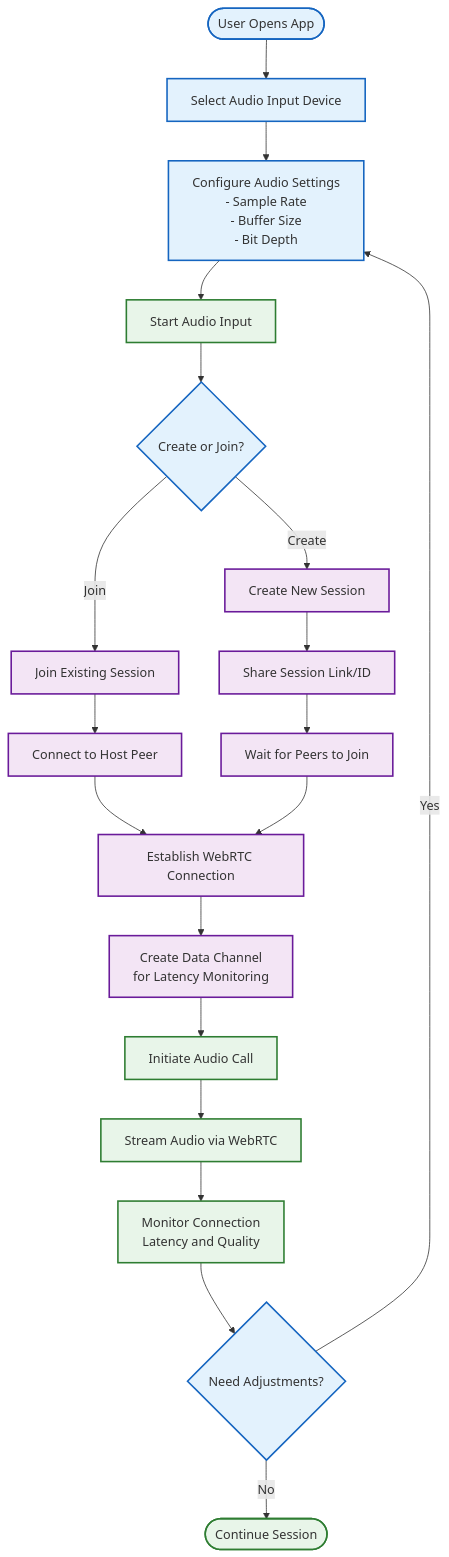
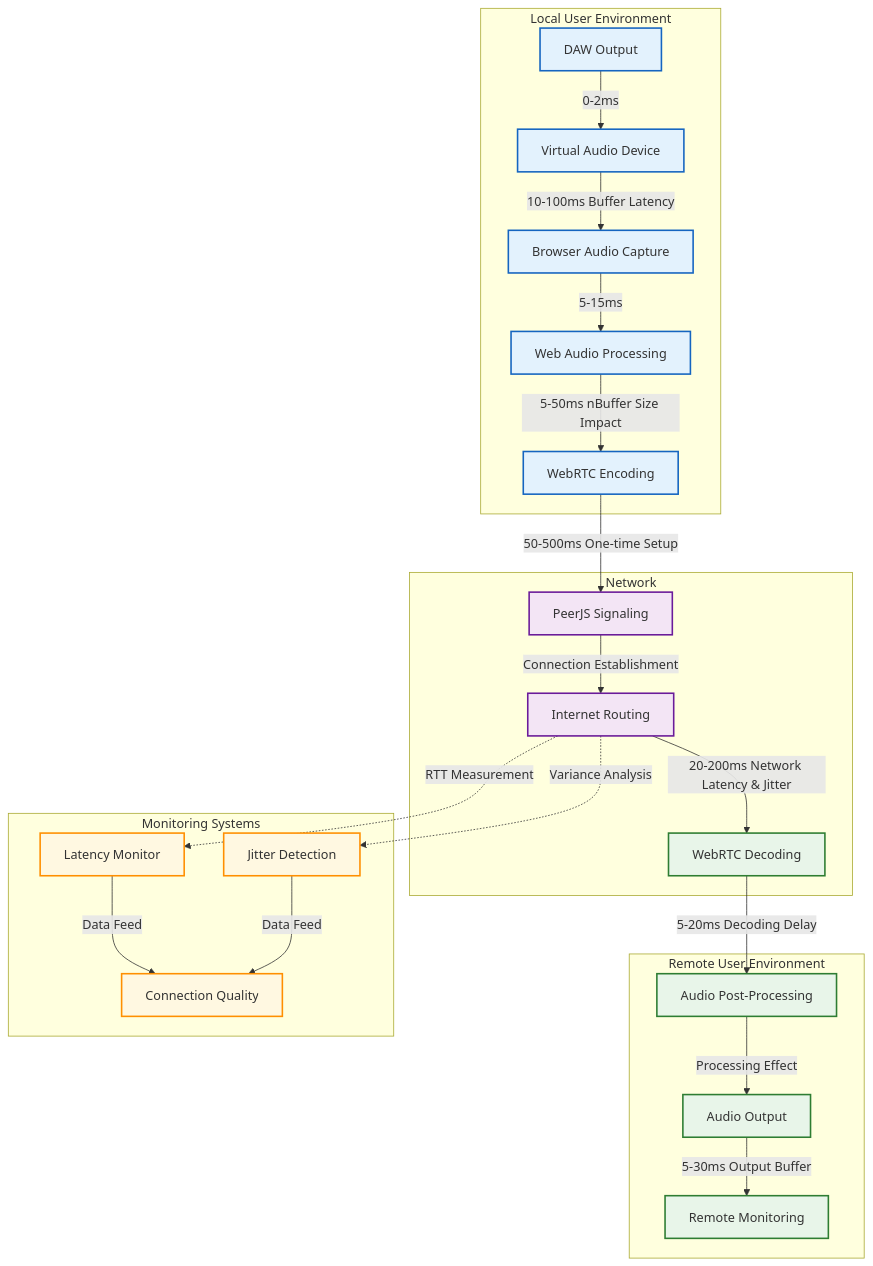
Before and after one commit to jmelvnsn/remote-daw: the diagram in README.md, drawn with Mermaid. The commit also changed other lines of this file, not shown here.

````diff
--- a/README.md
+++ b/README.md
@@ -23,35 +25,56 @@
 ```mermaid
-flowchart TB
-    Start([User Opens App]) --> SelectAudio[Select Audio Input Device]
-    SelectAudio --> ConfigSettings[Configure Audio Settings\n- Sample Rate\n- Buffer Size\n- Bit Depth]
-    ConfigSettings --> StartAudio[Start Audio Input]
-    StartAudio --> CreateOrJoin{Create or Join?}
+flowchart TD
+    subgraph "Local User Environment"
+        DAW[DAW Output]
+        VirtAudio[Virtual Audio Device]
+        Browser[Browser Audio Capture]
+        WebAudio[Web Audio Processing]
+        WebRTC_Local[WebRTC Encoding]
+        
+        DAW -->|"0-2ms"| VirtAudio
+        VirtAudio -->|"10-100ms Buffer Latency"| Browser
+        Browser -->|"5-15ms"| WebAudio
+        WebAudio -->|"5-50ms nBuffer Size Impact"| WebRTC_Local
+    end
     
-    CreateOrJoin -->|Create| CreateSession[Create New Session]
-    CreateOrJoin -->|Join| JoinSession[Join Existing Session]
+    subgraph "Network"
+        PeerJS[PeerJS Signaling]
+        Internet[Internet Routing]
+        
+        WebRTC_Local -->|"50-500ms One-time Setup"| PeerJS
+        PeerJS -->|"Connection Establishment"| Internet
+        Internet -->|"20-200ms Network Latency & Jitter"| WebRTC_Remote
+    end
     
-    CreateSession --> ShareLink[Share Session Link/ID]
-    JoinSession --> ConnectToPeer[Connect to Host Peer]
-    ShareLink --> WaitForPeers[Wait for Peers to Join]
+    subgraph "Remote User Environment"
+        WebRTC_Remote[WebRTC Decoding]
+        AudioProc[Audio Post-Processing]
+        AudioOutput[Audio Output]
+        Monitoring[Remote Monitoring]
+        
+        WebRTC_Remote -->|"5-20ms Decoding Delay"| AudioProc
+        AudioProc -->|"Processing Effect"| AudioOutput
+        AudioOutput -->|"5-30ms Output Buffer"| Monitoring
+    end
     
-    ConnectToPeer --> EstablishRTC[Establish WebRTC Connection]
-    WaitForPeers --> EstablishRTC
+    subgraph "Monitoring Systems"
+        LatencyDisplay[Latency Monitor]
+        JitterDisplay[Jitter Detection]
+        QualityIndicator[Connection Quality]
+        
+        Internet -.->|"RTT Measurement"| LatencyDisplay
+        Internet -.->|"Variance Analysis"| JitterDisplay
+        LatencyDisplay -->|"Data Feed"| QualityIndicator
+        JitterDisplay -->|"Data Feed"| QualityIndicator
+    end
     
-    EstablishRTC --> CreateDataChannel[Create Data Channel\nfor Latency Monitoring]
-    CreateDataChannel --> InitiateCall[Initiate Audio Call]
+    classDef userSteps fill:#e3f2fd,stroke:#1565c0,stroke-width:2px
+    classDef networkSteps fill:#f3e5f5,stroke:#6a1b9a,stroke-width:2px
+    classDef audioSteps fill:#e8f5e9,stroke:#2e7d32,stroke-width:2px
+    classDef monitoringSteps fill:#fff8e1,stroke:#ff8f00,stroke-width:2px
     
-    InitiateCall --> StreamAudio[Stream Audio via WebRTC]
-    StreamAudio --> MonitorLatency[Monitor Connection\nLatency and Quality]
-    
-    MonitorLatency --> AdjustSettings{Need Adjustments?}
-    AdjustSettings -->|Yes| ConfigSettings
-    AdjustSettings -->|No| Continue([Continue Session])
-    
-    classDef userActions fill:#e3f2fd,stroke:#1565c0,stroke-width:2px
-    classDef connectionSteps fill:#f3e5f5,stroke:#6a1b9a,stroke-width:2px
-    classDef audioSteps fill:#e8f5e9,stroke:#2e7d32,stroke-width:2px
-    
-    class Start,SelectAudio,ConfigSettings,CreateOrJoin,AdjustSettings userActions
-    class CreateSession,JoinSession,ShareLink,WaitForPeers,ConnectToPeer,EstablishRTC,CreateDataChannel connectionSteps
-    class StartAudio,InitiateCall,StreamAudio,MonitorLatency,Continue audioSteps
+    class DAW,VirtAudio,Browser,WebAudio,WebRTC_Local userSteps
+    class PeerJS,Internet networkSteps
+    class WebRTC_Remote,AudioProc,AudioOutput,Monitoring audioSteps
+    class LatencyDisplay,JitterDisplay,QualityIndicator monitoringSteps
 ```
````
